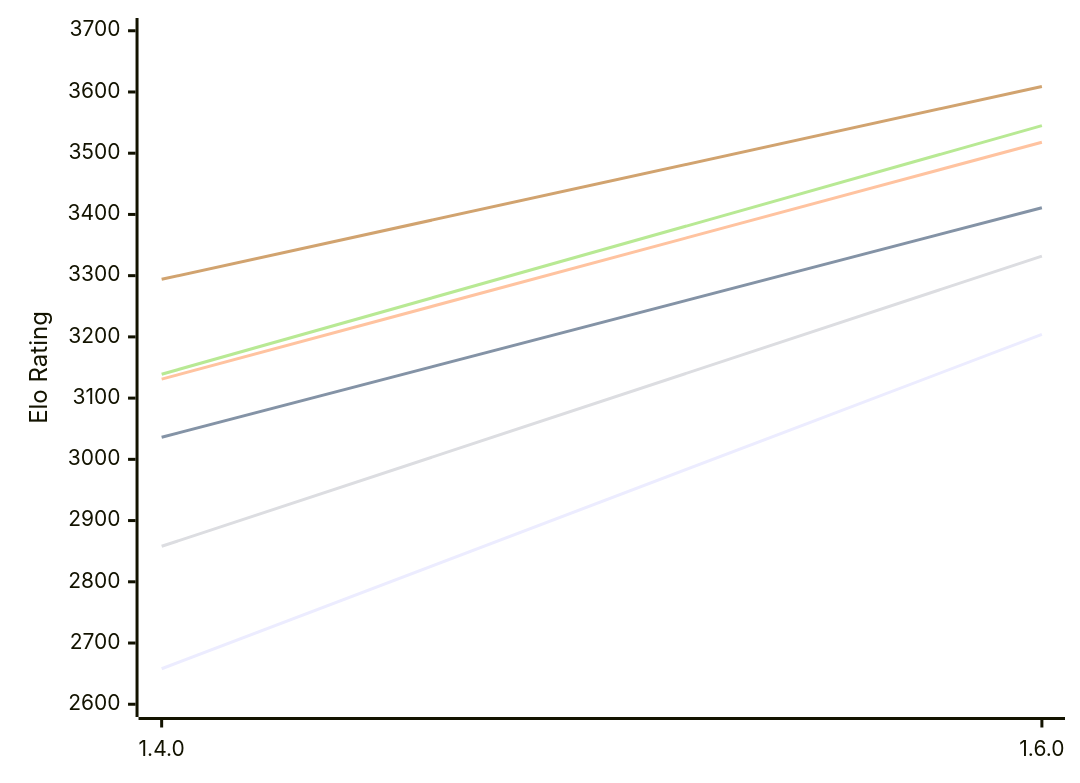
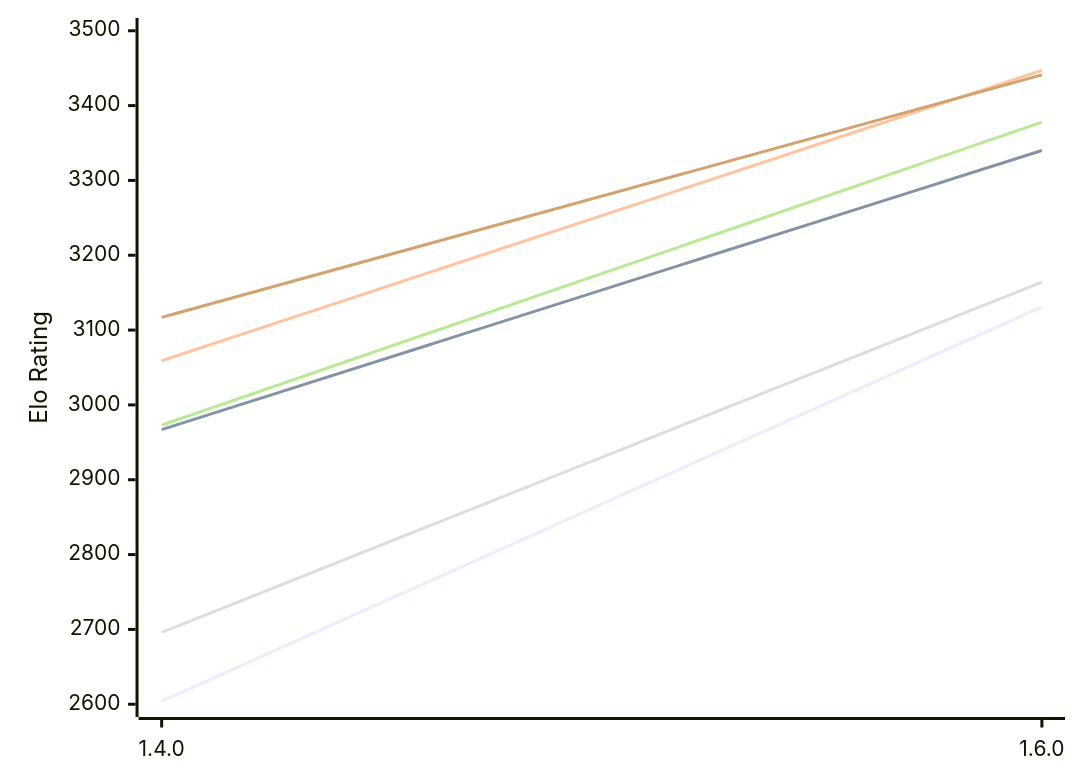
The first of 2 diagrams in engines/Gyatso.md (computer-chess-index/cci), drawn with Mermaid before and after one commit. The commit also changed other lines of this file, not shown here.

Commit message:
Update CCI Ratings (ELO VLTC) - 2026-11-13

````diff
--- a/engines/Gyatso.md
+++ b/engines/Gyatso.md
@@ -53,12 +53,12 @@
 ```mermaid
 %%{init: {"theme":"base","themeVariables":{"seriesColors:['#a3a3a3','#222221','#faa371']}}}%%
 xychart-beta
   x-axis ["1.4.0", "1.6.0"]
-  y-axis "Elo Rating" 2600 --> 3700
-  line "E1: STC (8.0+0.08s)" [2658, 3204]
-  line "E1: LTC (60.0+0.60s)" [3036, 3411]
-  line "E1: VLTC (2m24s+1.12s)" [3131, 3518]
-  line "P1: STC (8.0+0.08s)" [2858, 3332]
-  line "P1: LTC (60.0+0.60s)" [3139, 3545]
-  line "P1: VLTC (2m24s+1.12s)" [3294, 3609]
+  y-axis "Elo Rating" 2600 --> 3500
+  line "E1: STC (8.0+0.08s)" [2604, 3131]
+  line "E1: LTC (60.0+0.60s)" [2967, 3340]
+  line "E1: VLTC (2m24s+1.12s)" [3059, 3447]
+  line "P1: STC (8.0+0.08s)" [2696, 3164]
+  line "P1: LTC (60.0+0.60s)" [2973, 3378]
+  line "P1: VLTC (2m24s+1.12s)" [3117, 3441]
 ```
````
